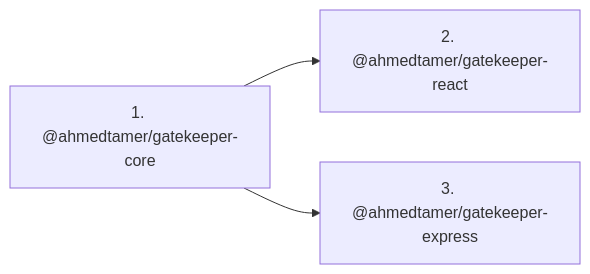
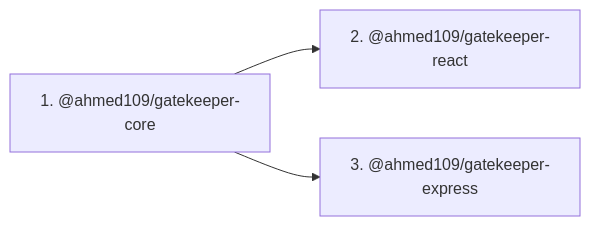
Before and after one commit to Ahmed1092002/npm-packages: the diagram in gatekeeper/PUBLISHING.md, drawn with Mermaid. The commit also changed other lines of this file and 34 other files, not shown here.

First line of the commit message:
refactor: rename package scope from @ahmedtamer to @ahmed109 across all modules

````diff
--- a/gatekeeper/PUBLISHING.md
+++ b/gatekeeper/PUBLISHING.md
@@ -91,5 +91,5 @@
 ```mermaid
 graph LR
-    Step1["1. @ahmedtamer/gatekeeper-core"] --> Step2["2. @ahmedtamer/gatekeeper-react"]
-    Step1 --> Step3["3. @ahmedtamer/gatekeeper-express"]
+    Step1["1. @ahmed109/gatekeeper-core"] --> Step2["2. @ahmed109/gatekeeper-react"]
+    Step1 --> Step3["3. @ahmed109/gatekeeper-express"]
 ```
````
